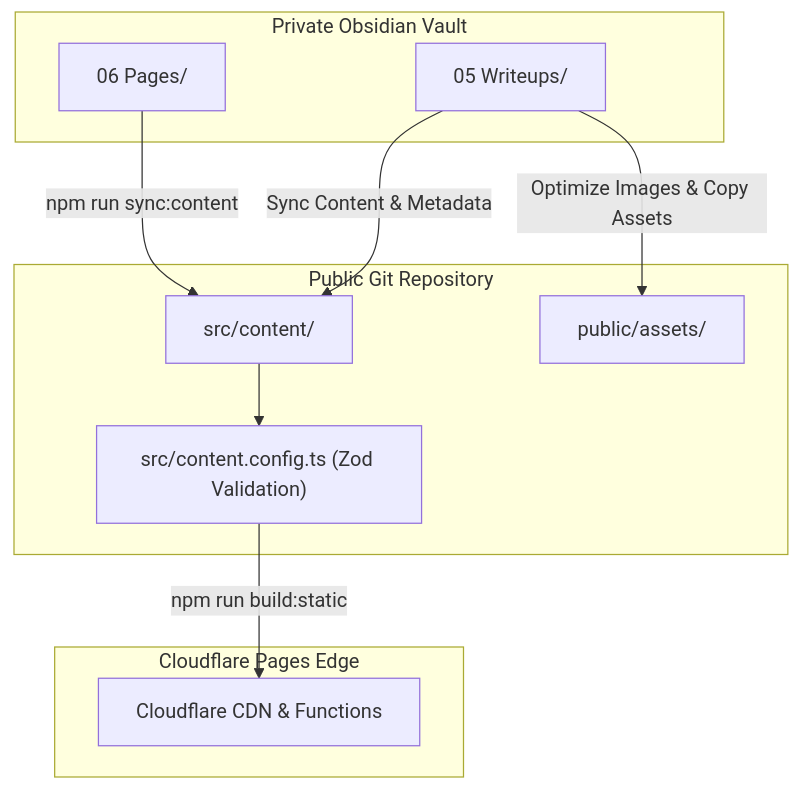
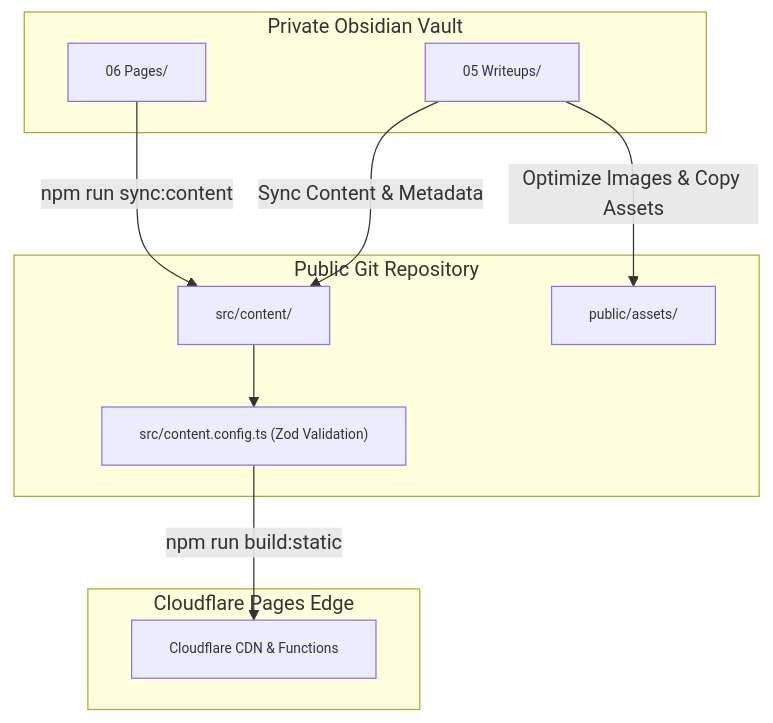
Before and after one commit to joeseverino/jseverino.com: the diagram in docs/Vault-Workflow.md, drawn with Mermaid. The commit also changed 6 other files, not shown here.

First line of the commit message:
doc: restore stable graph syntax and apply font-size scaling to Mermaid

````diff
--- a/docs/Vault-Workflow.md
+++ b/docs/Vault-Workflow.md
@@ -5,24 +5,26 @@
 ```mermaid
 graph TD
-    subgraph Vault ["Private Obsidian Vault  "]
-        VP["06 Pages/  "]
-        VW["05 Writeups/  "]
+    subgraph Vault ["Private Obsidian Vault"]
+        VP["06 Pages/"]
+        VW["05 Writeups/"]
     end
 
-    subgraph Repo ["Public Git Repository  "]
-        SC["src/content/  "]
-        PA["public/assets/  "]
-        ZOD["src/content.config.ts (Zod Validation)  "]
+    subgraph Repo ["Public Git Repository"]
+        SC["src/content/"]
+        PA["public/assets/"]
+        ZOD["src/content.config.ts (Zod Validation)"]
     end
 
-    subgraph Edge ["Cloudflare Pages Edge  "]
-        CF["Cloudflare CDN & Functions  "]
+    subgraph Edge ["Cloudflare Pages Edge"]
+        CF["Cloudflare CDN & Functions"]
     end
 
     VP -->|npm run sync:content| SC
     VW -->|Sync Content & Metadata| SC
     VW -->|Optimize Images & Copy Assets| PA
 
     SC --> ZOD
     ZOD -->|npm run build:static| CF
+
+    classDef default font-size:11px;
 ```
````
